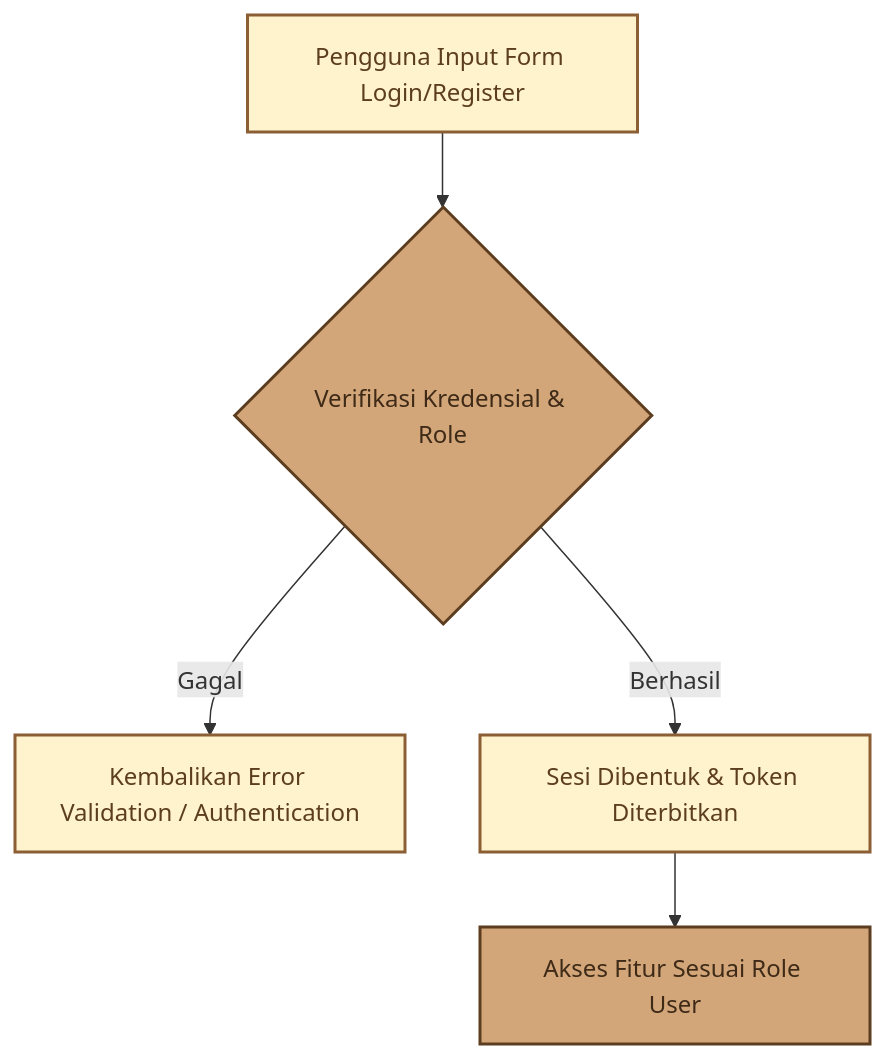
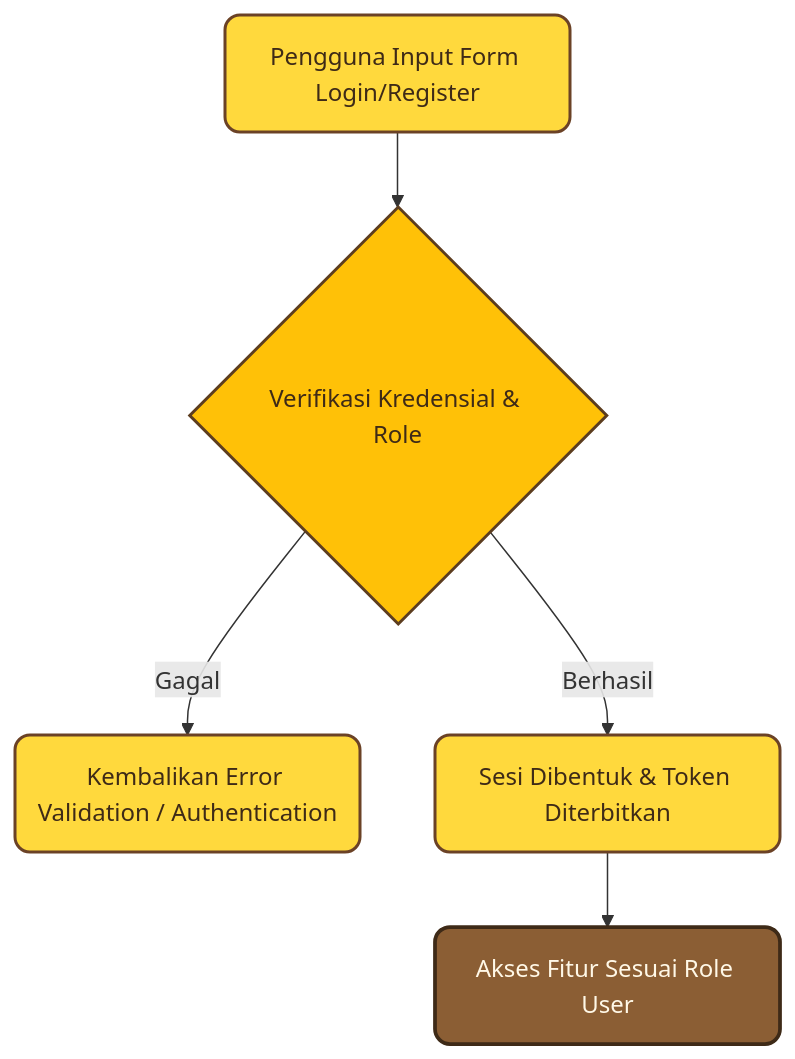
Before and after one commit to nazwasalsabila181718-droid/manajemen_perawatan: the first of 13 diagrams in docs/DOKUMENTASI_MODULE_SISTEM.md, drawn with Mermaid. The commit also changed other lines of this file, not shown here.

Commit message:
style: modernisasi diagram mermaid dengan tema kuning cerah rounded

````diff
--- a/docs/DOKUMENTASI_MODULE_SISTEM.md
+++ b/docs/DOKUMENTASI_MODULE_SISTEM.md
@@ -37,13 +37,15 @@
 ```mermaid
 flowchart TD
-    classDef default fill:#FFF3CD,stroke:#8B5E34,stroke-width:2px,color:#5C3D1F;
-    classDef highlight fill:#D2A679,stroke:#5C3D1F,stroke-width:2px,color:#3E2A17;
+    A(Pengguna Input Form Login/Register) --> B{Verifikasi Kredensial & Role}
+    B -- Gagal --> C(Kembalikan Error Validation / Authentication)
+    B -- Berhasil --> D(Sesi Dibentuk & Token Diterbitkan)
+    D --> E(Akses Fitur Sesuai Role User)
 
-    A[Pengguna Input Form Login/Register] --> B{Verifikasi Kredensial & Role}
-    B -- Gagal --> C[Kembalikan Error Validation / Authentication]
-    B -- Berhasil --> D[Sesi Dibentuk & Token Diterbitkan]
-    D --> E[Akses Fitur Sesuai Role User]
+    classDef default fill:#FFD93D,stroke:#6B4226,stroke-width:2px,color:#3E2A17,rx:10,ry:10;
+    classDef highlight fill:#8B5E34,stroke:#3E2A17,stroke-width:2.5px,color:#FFF8E7,rx:10,ry:10;
+    classDef decision fill:#FFC107,stroke:#5C3D1F,stroke-width:2px,color:#3E2A17;
 
     class A,C,D default;
-    class B,E highlight;
+    class E highlight;
+    class B decision;
 ```
````
